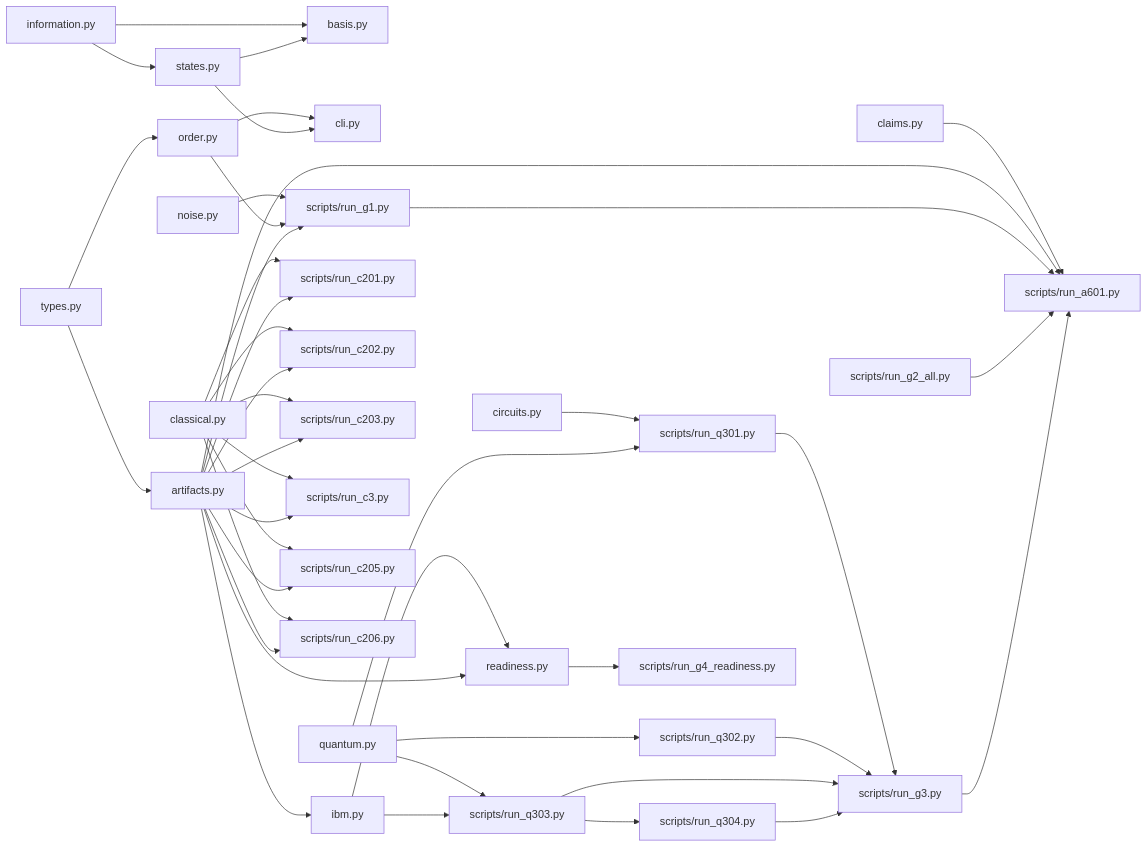
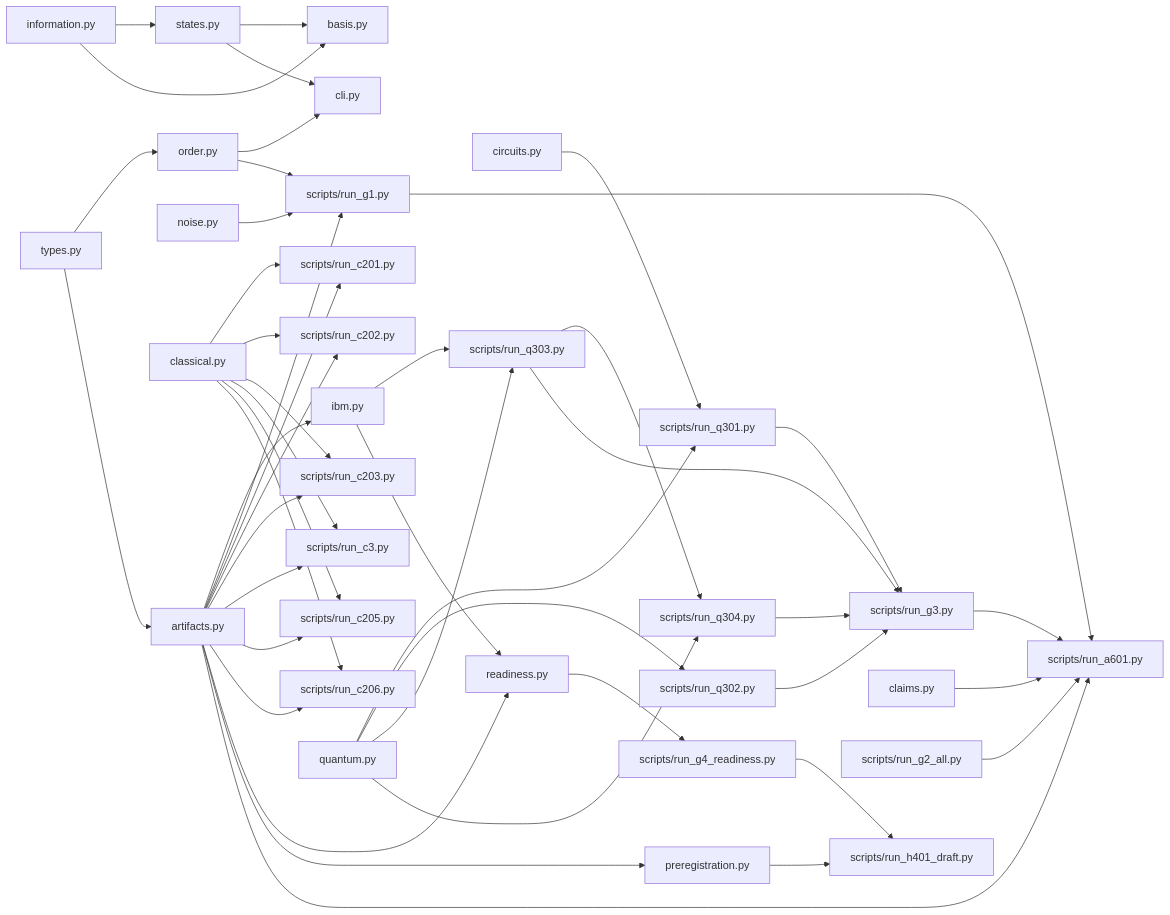
The fourth of 5 diagrams in docs/ARCHITECTURE.md (detasar/quantum-time-experiment), drawn with Mermaid before and after one commit. The commit also changed other lines of this file and 47 other files, not shown here.

````diff
--- a/docs/ARCHITECTURE.md
+++ b/docs/ARCHITECTURE.md
@@ -122,44 +130,48 @@
 ```mermaid
 flowchart LR
     types["types.py"] --> order["order.py"]
     types --> artifacts["artifacts.py"]
     information["information.py"] --> states["states.py"]
     information --> basis["basis.py"]
     states --> basis
     order --> cli["cli.py"]
     states --> cli
     artifacts --> ibm["ibm.py"]
     noise["noise.py"] --> run_g1["scripts/run_g1.py"]
     order --> run_g1
     artifacts --> run_g1
     classical["classical.py"] --> run_c201["scripts/run_c201.py"]
     classical --> run_c202["scripts/run_c202.py"]
     classical --> run_c203["scripts/run_c203.py"]
     classical --> run_c3["scripts/run_c3.py"]
     classical --> run_c205["scripts/run_c205.py"]
     classical --> run_c206["scripts/run_c206.py"]
     artifacts --> run_c201
     artifacts --> run_c202
     artifacts --> run_c203
     artifacts --> run_c3
     artifacts --> run_c205
     artifacts --> run_c206
     circuits["circuits.py"] --> run_q301["scripts/run_q301.py"]
     quantum["quantum.py"] --> run_q301
     quantum --> run_q302["scripts/run_q302.py"]
     quantum --> run_q303["scripts/run_q303.py"]
     ibm["ibm.py"] --> run_q303
     run_q303 --> run_q304["scripts/run_q304.py"]
+    quantum --> run_q304
     run_q301 --> run_g3["scripts/run_g3.py"]
     run_q302 --> run_g3
     run_q303 --> run_g3
     run_q304 --> run_g3
     ibm --> readiness["readiness.py"]
     artifacts --> readiness
     readiness --> run_g4_readiness["scripts/run_g4_readiness.py"]
+    preregistration["preregistration.py"] --> run_h401_draft["scripts/run_h401_draft.py"]
+    artifacts --> preregistration
+    run_g4_readiness --> run_h401_draft
     claims["claims.py"] --> run_a601["scripts/run_a601.py"]
     artifacts --> run_a601
     run_g1 --> run_a601
     run_g2["scripts/run_g2_all.py"] --> run_a601
     run_g3 --> run_a601
 ```
````
